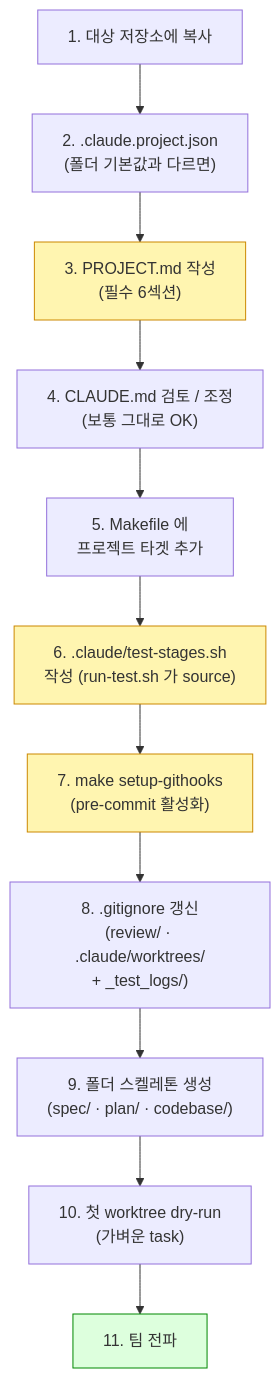
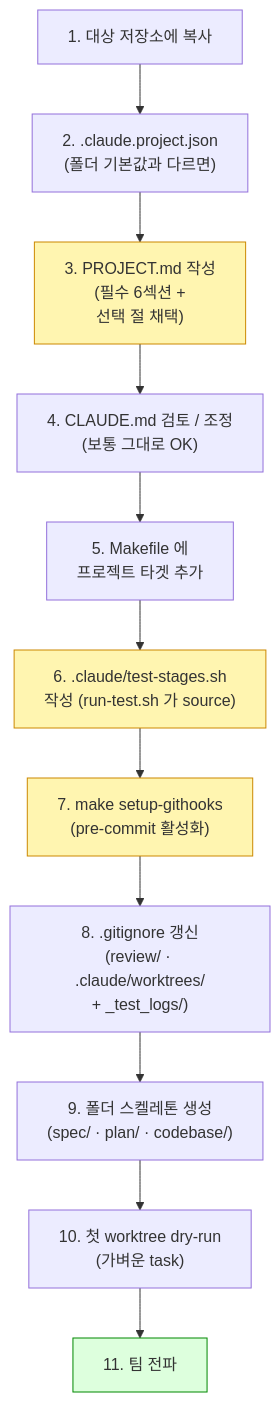
Before and after one commit to worker-ants/claude-code-harness: the diagram in README.md, drawn with Mermaid. The commit also changed other lines of this file and 26 other files, not shown here.

````diff
--- a/README.md
+++ b/README.md
@@ -84,18 +84,18 @@
 ```mermaid
 flowchart TD
     S1["1. 대상 저장소에 복사"] --> S2["2. .claude.project.json<br/>(폴더 기본값과 다르면)"]
-    S2 --> S3["3. PROJECT.md 작성<br/>(필수 6섹션)"]
+    S2 --> S3["3. PROJECT.md 작성<br/>(필수 6섹션 +<br/>선택 절 채택)"]
     S3 --> S4["4. CLAUDE.md 검토 / 조정<br/>(보통 그대로 OK)"]
     S4 --> S5["5. Makefile 에<br/>프로젝트 타겟 추가"]
     S5 --> S5a["6. .claude/test-stages.sh<br/>작성 (run-test.sh 가 source)"]
     S5a --> S6["7. make setup-githooks<br/>(pre-commit 활성화)"]
     S6 --> S7["8. .gitignore 갱신<br/>(review/ · .claude/worktrees/<br/>+ _test_logs/)"]
     S7 --> S8["9. 폴더 스켈레톤 생성<br/>(spec/ · plan/ · codebase/)"]
     S8 --> S9["10. 첫 worktree dry-run<br/>(가벼운 task)"]
     S9 --> S10["11. 팀 전파"]
 
     style S3 fill:#fff5b0,stroke:#c80
     style S5a fill:#fff5b0,stroke:#c80
     style S6 fill:#fff5b0,stroke:#c80
     style S10 fill:#dfd,stroke:#080
 ```
````
